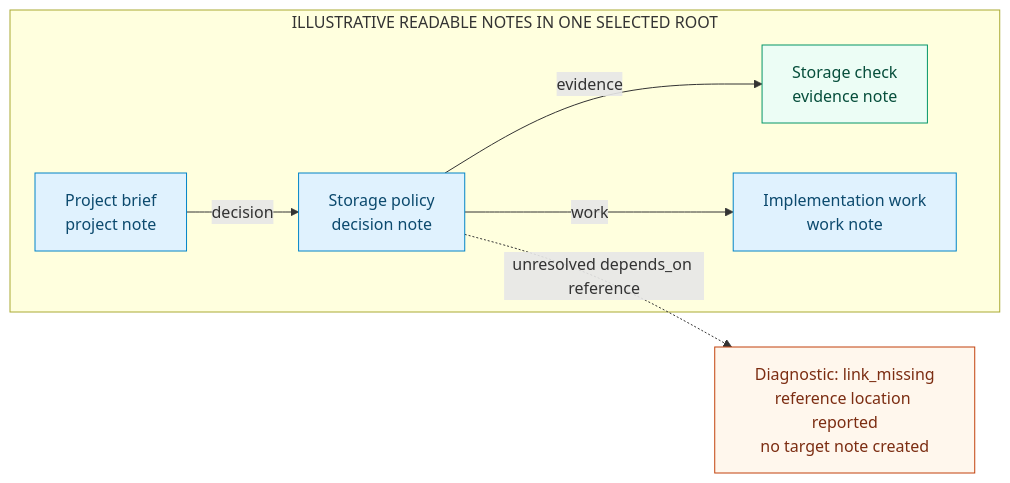
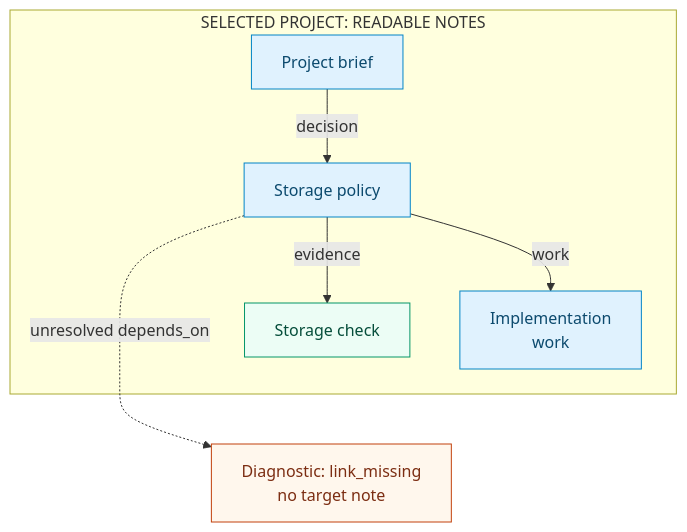
The sixth of 6 diagrams in docs/DIAGRAMS.md (Kian-hdr/isolinear-memory), drawn with Mermaid before and after one commit. The commit also changed 3 other files, not shown here.

Commit message:
Keep the document graph readable in GitHub

````diff
--- a/docs/DIAGRAMS.md
+++ b/docs/DIAGRAMS.md
@@ -296,17 +296,19 @@
 ```mermaid
-flowchart LR
+flowchart TB
   accTitle: Illustrative document graph from explicit note links
   accDescr: Inside one selected root, a project brief explicitly links to a storage policy with a decision relationship. The policy explicitly links to a storage check as evidence and an implementation work note as work. An unresolved depends_on reference produces a link_missing diagnostic, not a missing-note node. These are authored references, not inferred relationships or proof of factual correctness; inspection is read-only.
-  subgraph S["ILLUSTRATIVE READABLE NOTES IN ONE SELECTED ROOT"]
-    P["Project brief<br/>project note"] -->|"decision"| D["Storage policy<br/>decision note"]
-    D -->|"evidence"| E["Storage check<br/>evidence note"]
-    D -->|"work"| W["Implementation work<br/>work note"]
+  subgraph S["SELECTED PROJECT: READABLE NOTES"]
+    P["Project brief"] -->|"decision"| D["Storage policy"]
+    D -->|"evidence"| E["Storage check"]
+    D -->|"work"| W["Implementation<br/>work"]
   end
-  D -.->|"unresolved depends_on reference"| M["Diagnostic: link_missing<br/>reference location reported<br/>no target note created"]
+  D -.->|"unresolved depends_on"| M["Diagnostic: link_missing<br/>no target note"]
+  E ~~~ M
+  W ~~~ M
   classDef source fill:#e0f2fe,stroke:#0284c7,color:#0c4a6e;
   classDef evidence fill:#ecfdf5,stroke:#059669,color:#064e3b;
   classDef caution fill:#fff7ed,stroke:#c2410c,color:#7c2d12;
   class P,D,W source;
   class E evidence;
   class M caution;
 ```
````
